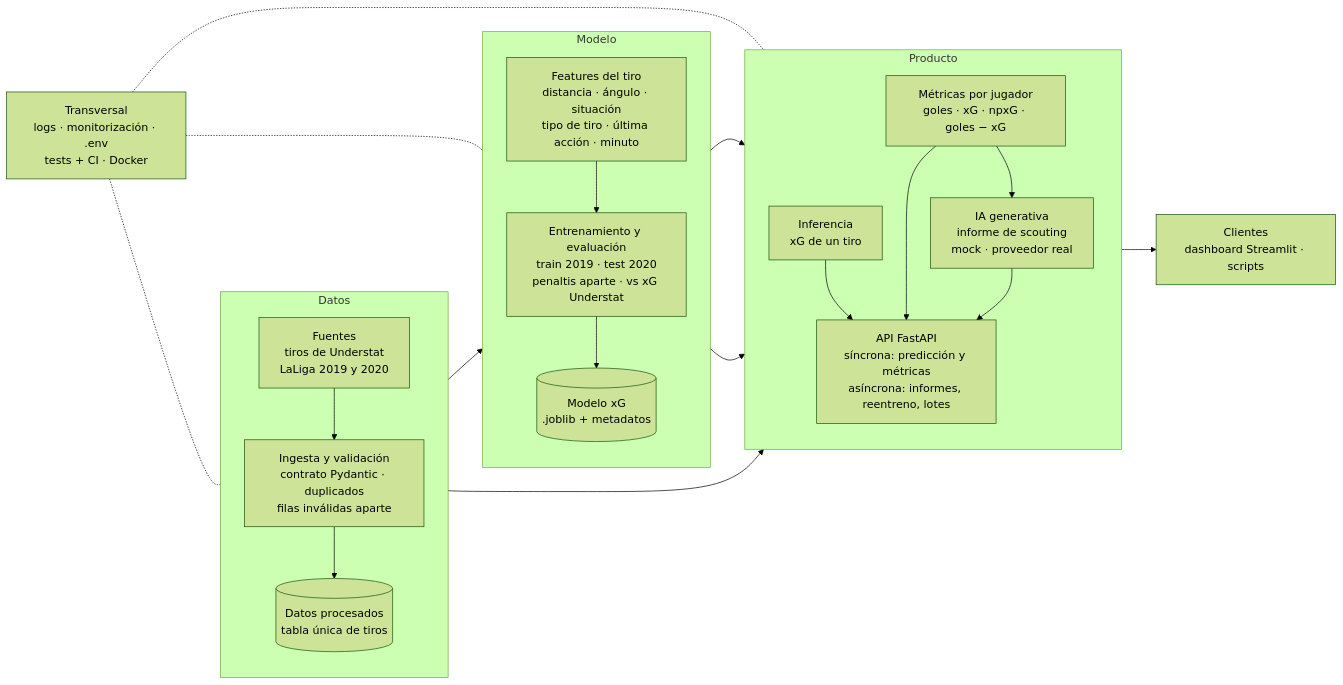
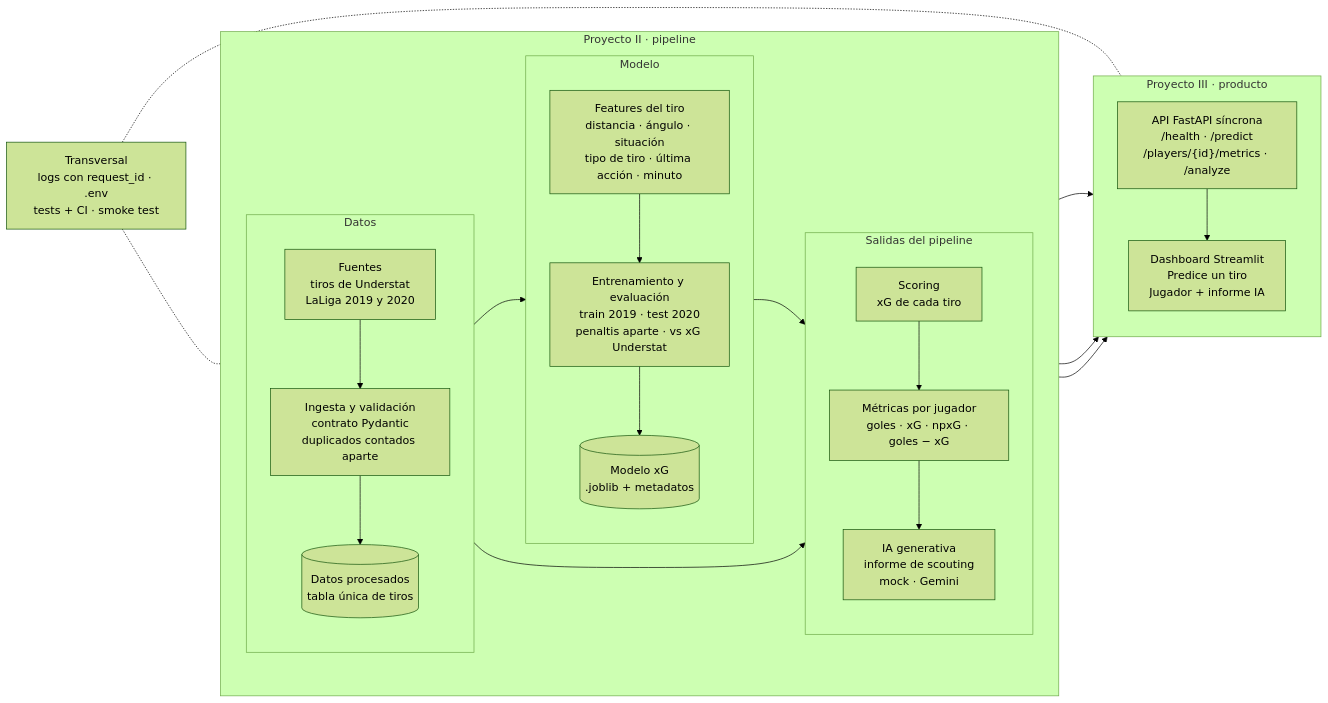
One commit to carlosagustii/dsia-26-27-agusti-carlos changed the diagram in docs/ARQUITECTURA.md. Above: the diagram before and after it, drawn with Mermaid (forest theme). The commit also changed other lines of this file, not shown here.

````diff
--- a/docs/ARQUITECTURA.md
+++ b/docs/ARQUITECTURA.md
@@ -31,36 +38,34 @@
 ```mermaid
 flowchart LR
-  subgraph DATOS["Datos"]
-    direction TB
-    F["Fuentes<br/>tiros de Understat<br/>LaLiga 2019 y 2020"] --> I["Ingesta y validación<br/>contrato Pydantic · duplicados<br/>filas inválidas aparte"] --> D[("Datos procesados<br/>tabla única de tiros")]
+  subgraph P2["Proyecto II · pipeline"]
+    direction LR
+    subgraph DATOS["Datos"]
+      direction TB
+      F["Fuentes<br/>tiros de Understat<br/>LaLiga 2019 y 2020"] --> I["Ingesta y validación<br/>contrato Pydantic<br/>duplicados contados aparte"] --> D[("Datos procesados<br/>tabla única de tiros")]
+    end
+    subgraph MODELO["Modelo"]
+      direction TB
+      FE["Features del tiro<br/>distancia · ángulo · situación<br/>tipo de tiro · última acción · minuto"] --> T["Entrenamiento y evaluación<br/>train 2019 · test 2020<br/>penaltis aparte · vs xG Understat"] --> M[("Modelo xG<br/>.joblib + metadatos")]
+    end
+    subgraph SALIDAS["Salidas del pipeline"]
+      direction TB
+      S["Scoring<br/>xG de cada tiro"] --> P["Métricas por jugador<br/>goles · xG · npxG · goles − xG"] --> G["IA generativa<br/>informe de scouting<br/>mock · Gemini"]
+    end
   end
 
-  subgraph MODELO["Modelo"]
+  subgraph P3["Proyecto III · producto"]
     direction TB
-    FE["Features del tiro<br/>distancia · ángulo · situación<br/>tipo de tiro · última acción · minuto"] --> T["Entrenamiento y evaluación<br/>train 2019 · test 2020<br/>penaltis aparte · vs xG Understat"] --> M[("Modelo xG<br/>.joblib + metadatos")]
+    A["API FastAPI síncrona<br/>/health · /predict<br/>/players/{id}/metrics · /analyze"] --> C["Dashboard Streamlit<br/>Predice un tiro<br/>Jugador + informe IA"]
   end
 
-  subgraph PRODUCTO["Producto"]
-    direction TB
-    S["Inferencia<br/>xG de un tiro"]
-    P["Métricas por jugador<br/>goles · xG · npxG · goles − xG"]
-    G["IA generativa<br/>informe de scouting<br/>mock · proveedor real"]
-    A["API FastAPI<br/>síncrona: predicción y métricas<br/>asíncrona: informes, reentreno, lotes"]
-  end
-
-  C["Clientes<br/>dashboard Streamlit · scripts"]
-  X["Transversal<br/>logs · monitorización · .env<br/>tests + CI · Docker"]
+  X["Transversal<br/>logs con request_id · .env<br/>tests + CI · smoke test"]
 
   D --> FE
   M --> S
-  D --> P
-  M --> P
-  P --> G
-  S --> A
+  D --> S
+  M --> A
   P --> A
   G --> A
-  A --> C
-  X -.- DATOS
-  X -.- MODELO
-  X -.- PRODUCTO
+  X -.- P2
+  X -.- P3
 ```
````
